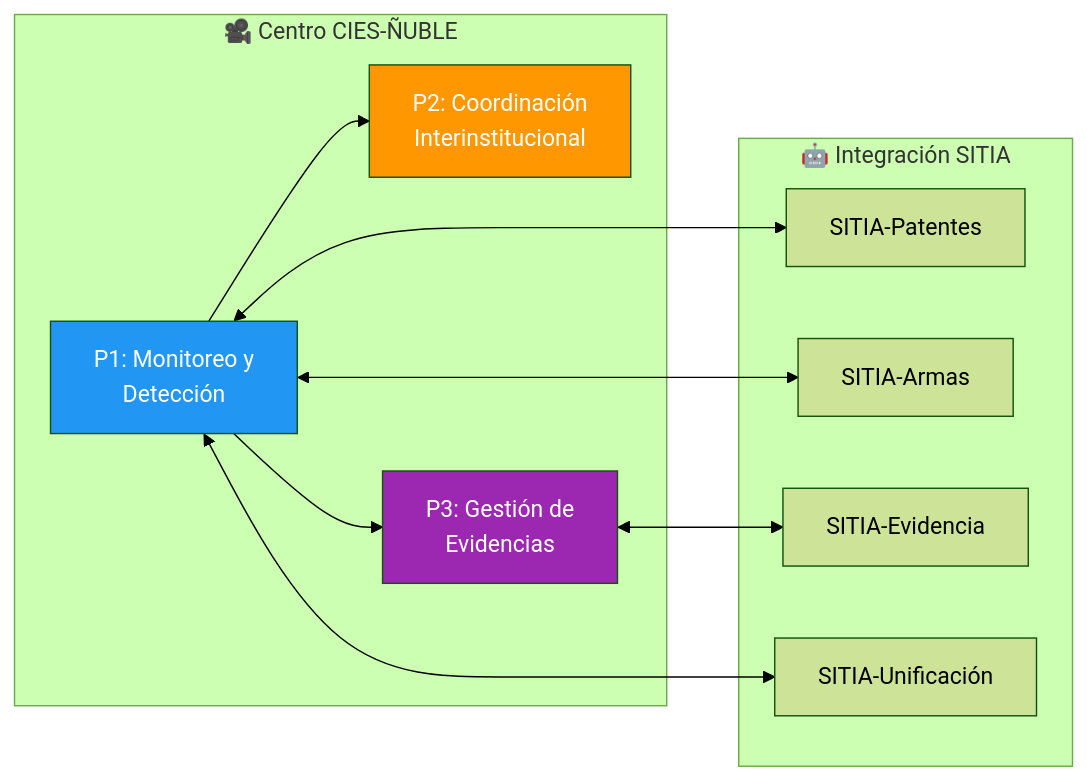
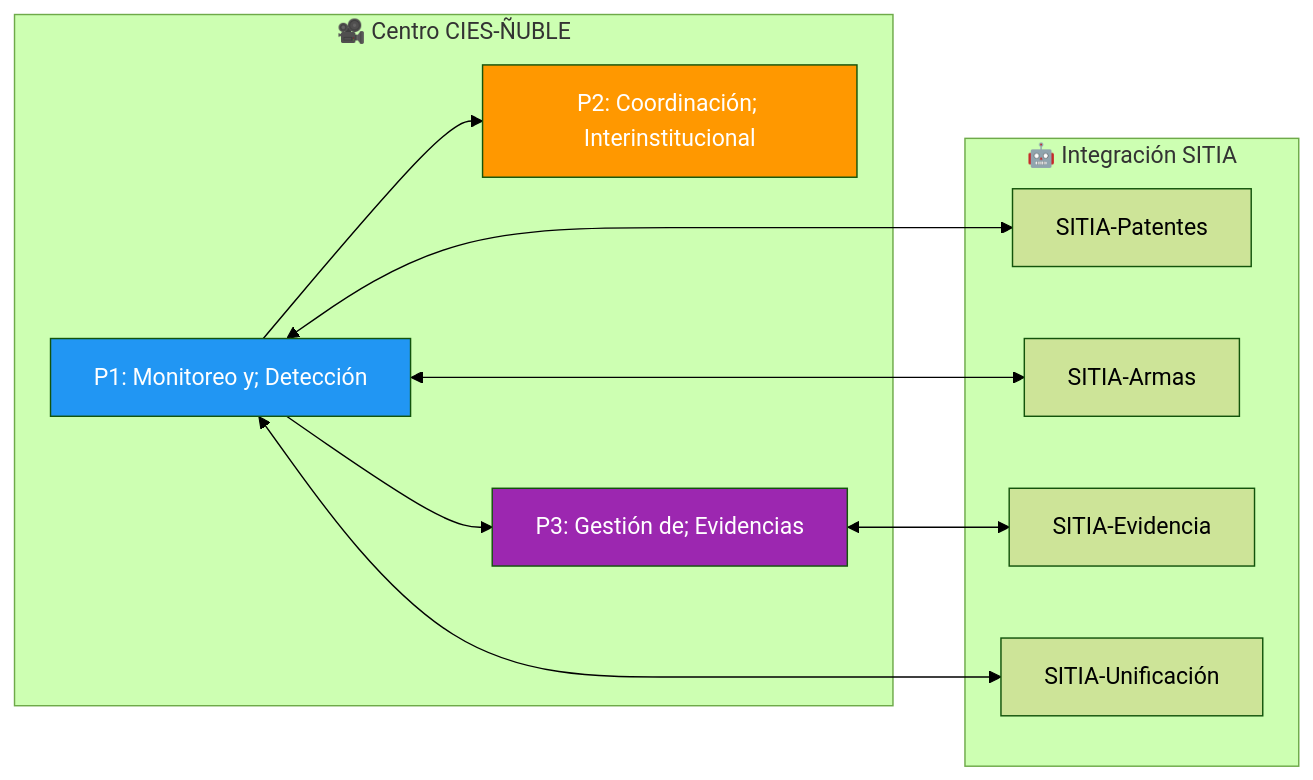
The first of 8 diagrams in drafts/gn/bpmn/bpmn-d09-cies-sitia.md (felix-antonio-sl/kora), drawn with Mermaid (forest theme) before and after one commit. The commit also changed other lines of this file and 265 other files, not shown here.

````diff
--- a/drafts/gn/bpmn/bpmn-d09-cies-sitia.md
+++ b/drafts/gn/bpmn/bpmn-d09-cies-sitia.md
@@ -73,21 +65,24 @@
 ```mermaid
 flowchart LR
-    subgraph CIES["🎥 Centro CIES-ÑUBLE"]
-        P1["P1: Monitoreo y<br/>Detección"]
-        P2["P2: Coordinación<br/>Interinstitucional"]
-        P3["P3: Gestión de<br/>Evidencias"]
-    end
-    subgraph SITIA["🤖 Integración SITIA"]
-        S1["SITIA-Patentes"]
-        S2["SITIA-Armas"]
-        S3["SITIA-Evidencia"]
-        S4["SITIA-Unificación"]
-    end
-    P1 --> P2
-    P1 --> P3
-    P1 <--> S1 & S2 & S4
-    P3 <--> S3
-    style P1 fill:#2196F3,color:#fff
-    style P2 fill:#FF9800,color:#fff
-    style P3 fill:#9C27B0,color:#fff
+ subgraph CIES["🎥 Centro CIES-ÑUBLE"]
+ P1["P1: Monitoreo y; Detección"]
+ P2["P2: Coordinación; Interinstitucional"]
+ P3["P3: Gestión de; Evidencias"]
+ end
+
+ subgraph SITIA["🤖 Integración SITIA"]
+ S1["SITIA-Patentes"]
+ S2["SITIA-Armas"]
+ S3["SITIA-Evidencia"]
+ S4["SITIA-Unificación"]
+ end
+
+ P1 --> P2
+ P1 --> P3
+ P1 <--> S1 & S2 & S4
+ P3 <--> S3
+
+ style P1 fill:#2196F3,color:#fff
+ style P2 fill:#FF9800,color:#fff
+ style P3 fill:#9C27B0,color:#fff
 ```
````
